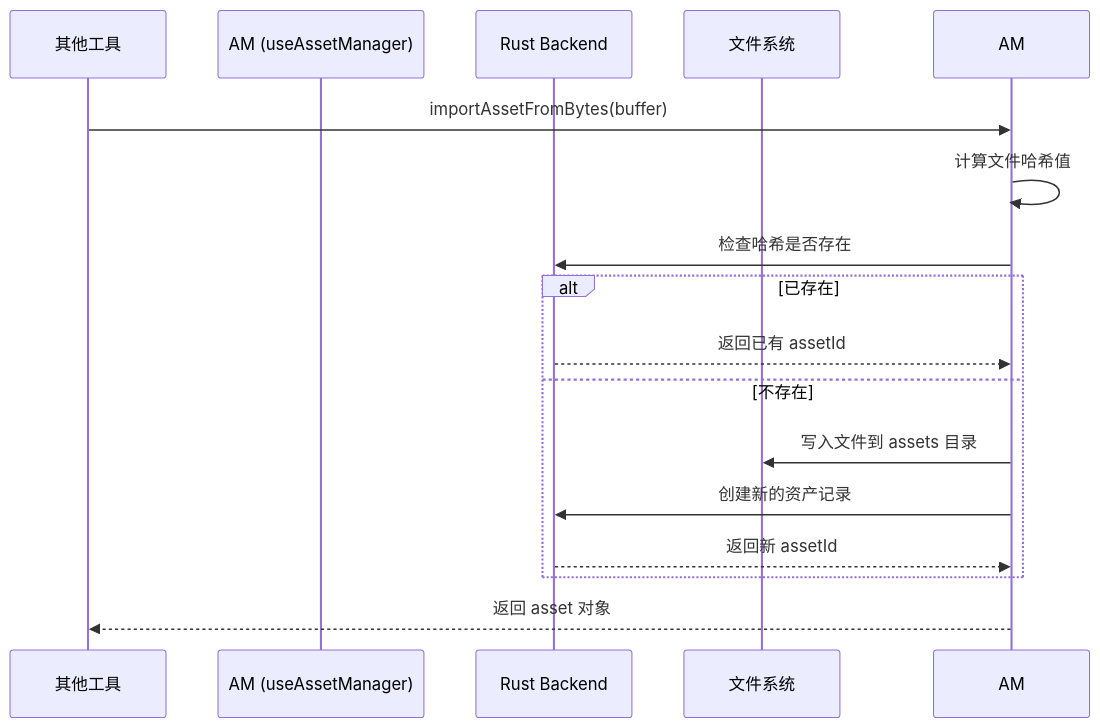
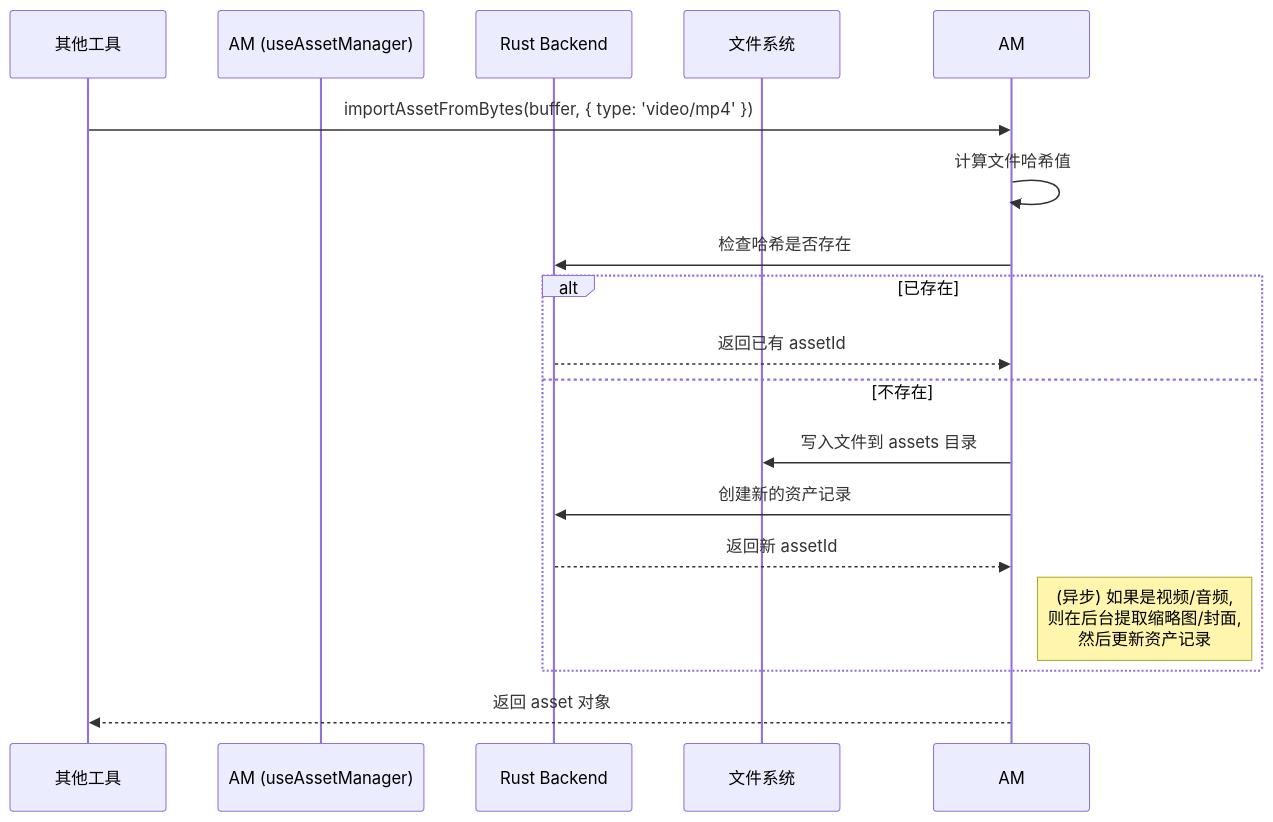
One commit to miaotouy/aio-hub changed the diagram in src/tools/asset-manager/ARCHITECTURE.md. Above: the diagram before and after it, drawn with Mermaid. The commit also changed other lines of this file and 4 other files, not shown here.

````diff
--- a/src/tools/asset-manager/ARCHITECTURE.md
+++ b/src/tools/asset-manager/ARCHITECTURE.md
@@ -41,21 +44,22 @@
 ```mermaid
 sequenceDiagram
     participant Tool as 其他工具
     participant AM (useAssetManager)
     participant Rust as Rust Backend
     participant FS as 文件系统
 
-    Tool->>AM: importAssetFromBytes(buffer)
+    Tool->>AM: importAssetFromBytes(buffer, { type: 'video/mp4' })
     AM->>AM: 计算文件哈希值
     AM->>Rust: 检查哈希是否存在
 
     alt 已存在
         Rust-->>AM: 返回已有 assetId
     else 不存在
         AM->>FS: 写入文件到 assets 目录
         AM->>Rust: 创建新的资产记录
         Rust-->>AM: 返回新 assetId
+        Note right of AM: (异步) 如果是视频/音频, <br>则在后台提取缩略图/封面, <br>然后更新资产记录
     end
 
     AM-->>Tool: 返回 asset 对象
 ```
````
